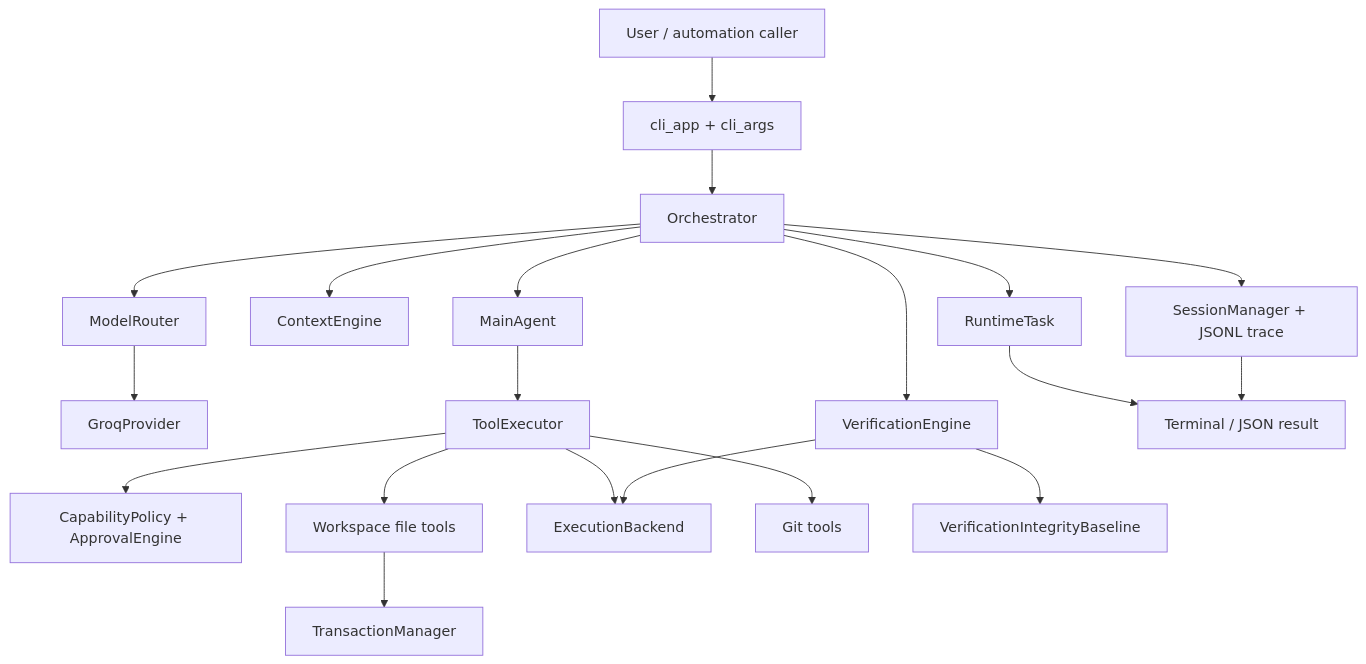
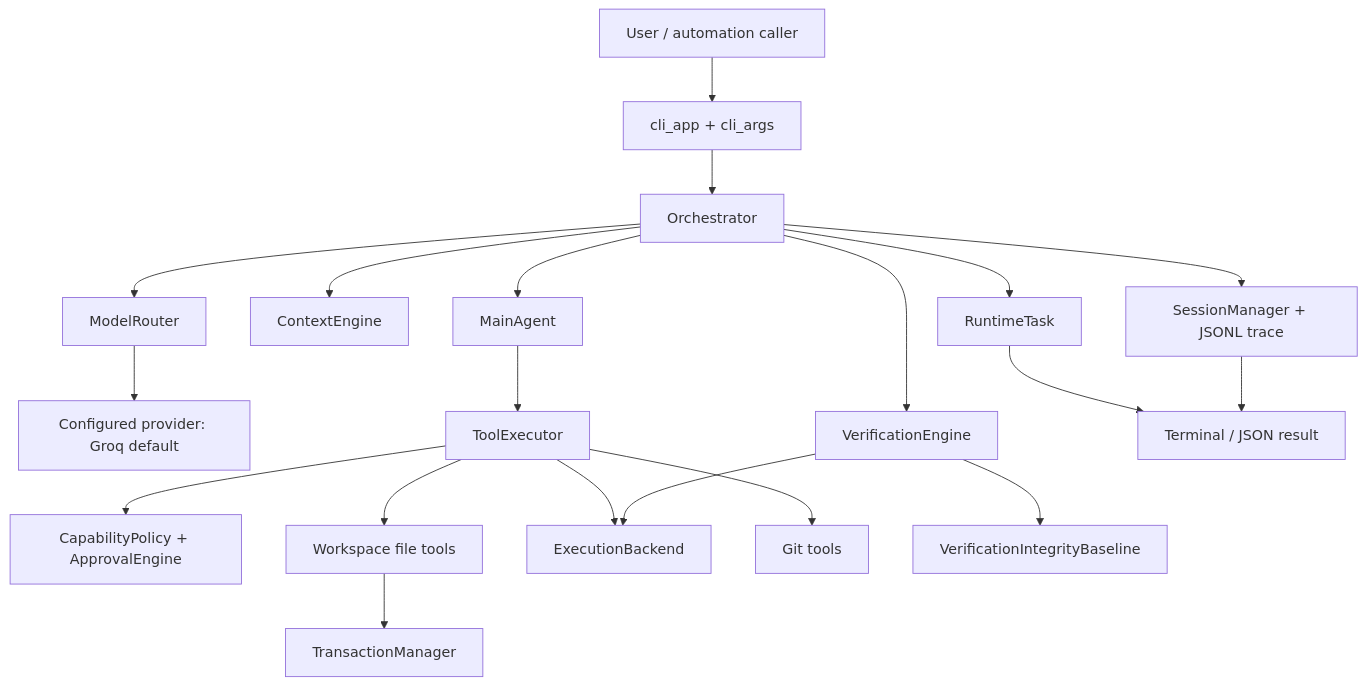
Before and after one commit to atrx07/Sable-AI: the first of 6 diagrams in docs/architecture.md, drawn with Mermaid. The commit also changed other lines of this file and 21 other files, not shown here.

````diff
--- a/docs/architecture.md
+++ b/docs/architecture.md
@@ -14,22 +16,22 @@
 ```mermaid
 flowchart TD
     User[User / automation caller] --> CLI[cli_app + cli_args]
     CLI --> Orch[Orchestrator]
     Orch --> Task[RuntimeTask]
     Orch --> Context[ContextEngine]
     Orch --> Router[ModelRouter]
-    Router --> Provider[GroqProvider]
+    Router --> Provider[Configured provider: Groq default]
     Orch --> Agent[MainAgent]
     Agent --> Executor[ToolExecutor]
     Executor --> Policy[CapabilityPolicy + ApprovalEngine]
     Executor --> Files[Workspace file tools]
     Executor --> Backend[ExecutionBackend]
     Executor --> Git[Git tools]
     Files --> Txn[TransactionManager]
     Orch --> Verify[VerificationEngine]
     Verify --> Backend
     Verify --> Integrity[VerificationIntegrityBaseline]
     Orch --> Session[SessionManager + JSONL trace]
     Task --> Result[Terminal / JSON result]
     Session --> Result
 ```
````
